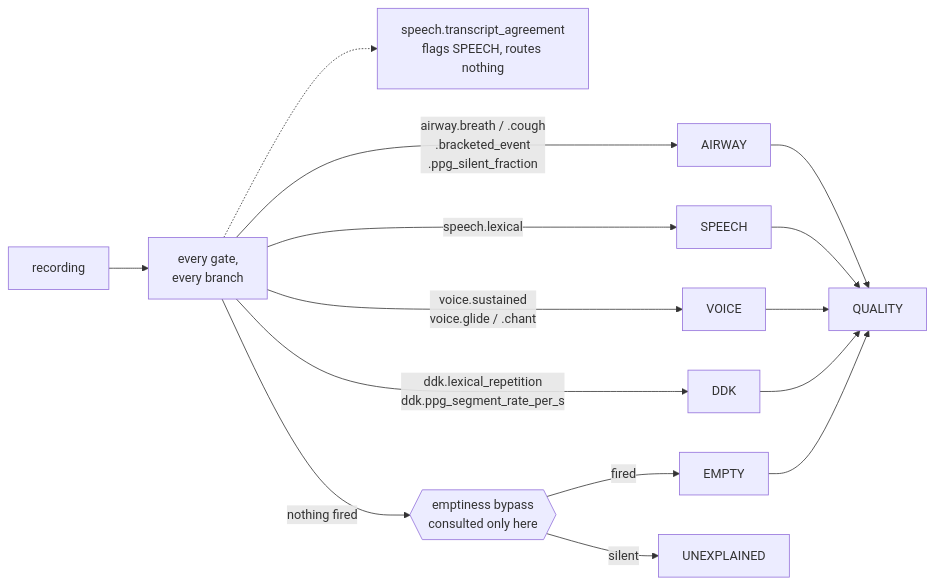
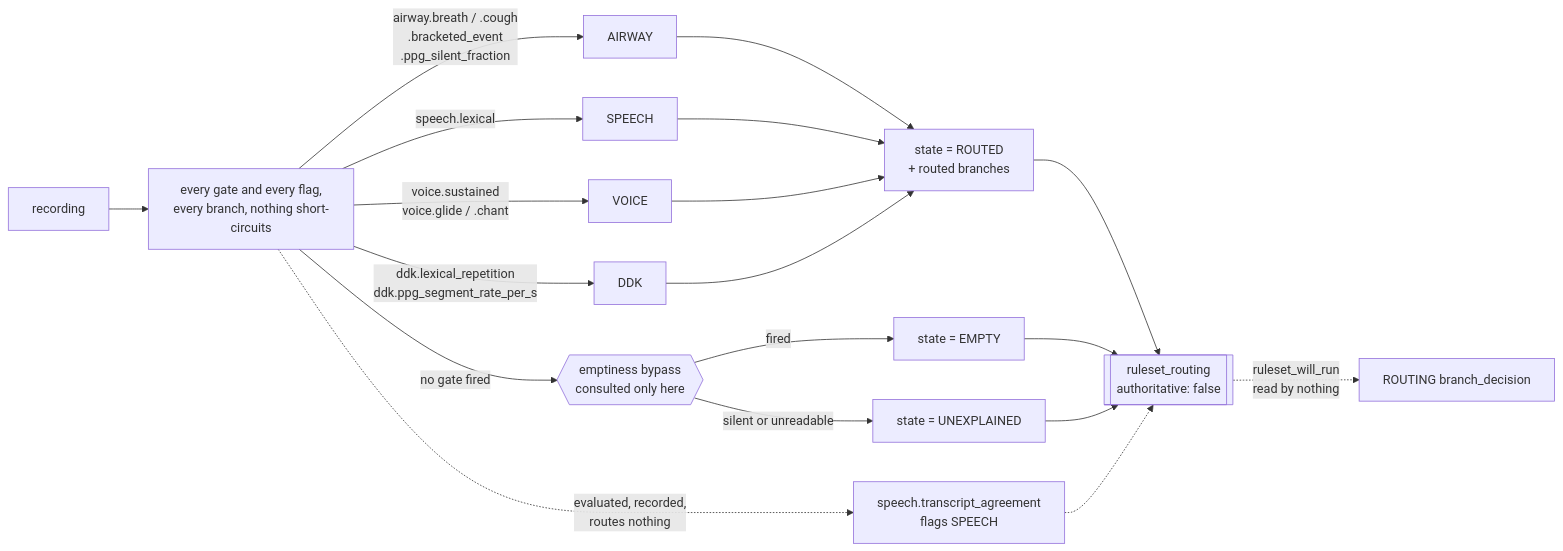
One commit to sensein/senselab changed the second of 2 diagrams in specs/20260817-triage-workflow-dag/dag.md. Above: the diagram before and after it, drawn with Mermaid. The commit also changed other lines of this file and 2 other files, not shown here.

First line of the commit message:
docs(dag): bring the DAG and its diagrams up to the code, seventeen commits on

````diff
--- a/specs/20260817-triage-workflow-dag/dag.md
+++ b/specs/20260817-triage-workflow-dag/dag.md
@@ -640,17 +889,21 @@
 ```mermaid
 graph LR
-  R["recording"] --> G["every gate,<br/>every branch"]
+  R["recording"] --> G["every gate and every flag,<br/>every branch, nothing short-circuits"]
   G -->|"airway.breath / .cough<br/>.bracketed_event<br/>.ppg_silent_fraction"| AIR["AIRWAY"]
   G -->|"speech.lexical"| SPE["SPEECH"]
   G -->|"voice.sustained<br/>voice.glide / .chant"| VOI["VOICE"]
   G -->|"ddk.lexical_repetition<br/>ddk.ppg_segment_rate_per_s"| DDK["DDK"]
-  G -.-> FL["speech.transcript_agreement<br/>flags SPEECH, routes nothing"]
-  G -->|"nothing fired"| E{{"emptiness bypass<br/>consulted only here"}}
-  E -->|fired| EMP["EMPTY"]
-  E -->|silent| UNX["UNEXPLAINED"]
-  AIR --> Q["QUALITY"]
-  SPE --> Q
-  VOI --> Q
-  DDK --> Q
-  EMP --> Q
+  G -.->|"evaluated, recorded,<br/>routes nothing"| FL["speech.transcript_agreement<br/>flags SPEECH"]
+  G -->|"no gate fired"| E{{"emptiness bypass<br/>consulted only here"}}
+  E -->|fired| EMP["state = EMPTY"]
+  E -->|"silent or unreadable"| UNX["state = UNEXPLAINED"]
+  AIR --> ST["state = ROUTED<br/>+ routed branches"]
+  SPE --> ST
+  VOI --> ST
+  DDK --> ST
+  ST --> M[["ruleset_routing<br/>authoritative: false"]]
+  EMP --> M
+  UNX --> M
+  FL -.-> M
+  M -.->|"ruleset_will_run<br/>read by nothing"| RO["ROUTING branch_decision"]
 ```
````
